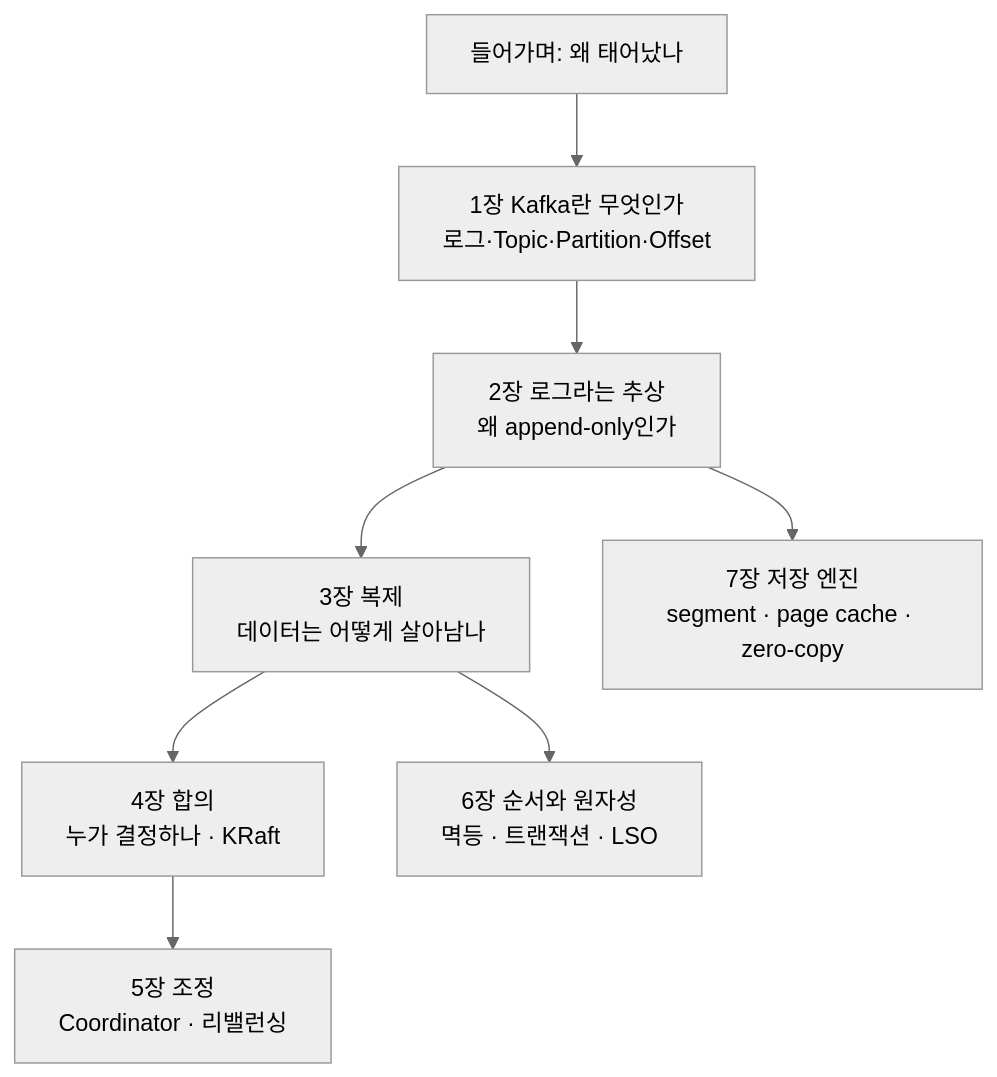
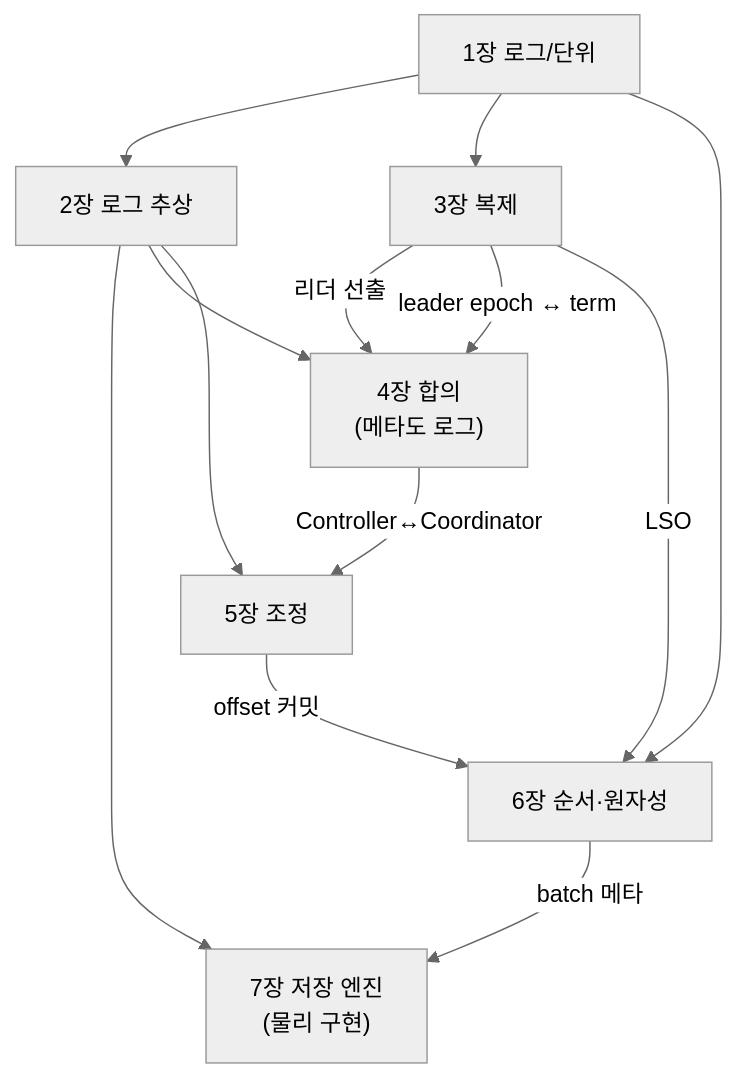
The second of 2 diagrams in docs/book/1-internals/README.md (ghtjr410/kafka-lab), drawn with Mermaid (neutral theme) before and after one commit. The commit also changed other lines of this file and 6 other files, not shown here.

````diff
--- a/docs/book/1-internals/README.md
+++ b/docs/book/1-internals/README.md
@@ -34,10 +32,15 @@
 ```mermaid
 graph TB
-    P[들어가며: 왜 태어났나] --> C1[1장 Kafka란 무엇인가<br/>로그·Topic·Partition·Offset]
-    C1 --> C2[2장 로그라는 추상<br/>왜 append-only인가]
-    C2 --> C3[3장 복제<br/>데이터는 어떻게 살아남나]
-    C3 --> C4[4장 합의<br/>누가 결정하나 · KRaft]
-    C4 --> C5[5장 조정<br/>Coordinator · 리밸런싱]
-    C3 --> C6[6장 순서와 원자성<br/>멱등 · 트랜잭션 · LSO]
-    C2 --> C7[7장 저장 엔진<br/>segment · page cache · zero-copy]
+    C1["1장 로그/단위"] --> C2["2장 로그 추상"]
+    C2 --> C7["7장 저장 엔진<br/>(물리 구현)"]
+    C2 --> C4["4장 합의<br/>(메타도 로그)"]
+    C1 --> C3["3장 복제"]
+    C3 -->|"리더 선출"| C4
+    C3 -->|"leader epoch ↔ term"| C4
+    C4 -->|"Controller↔Coordinator"| C5["5장 조정"]
+    C2 --> C5
+    C3 -->|"LSO"| C6["6장 순서·원자성"]
+    C1 --> C6
+    C5 -->|"offset 커밋"| C6
+    C6 -->|"batch 메타"| C7
 ```
````
